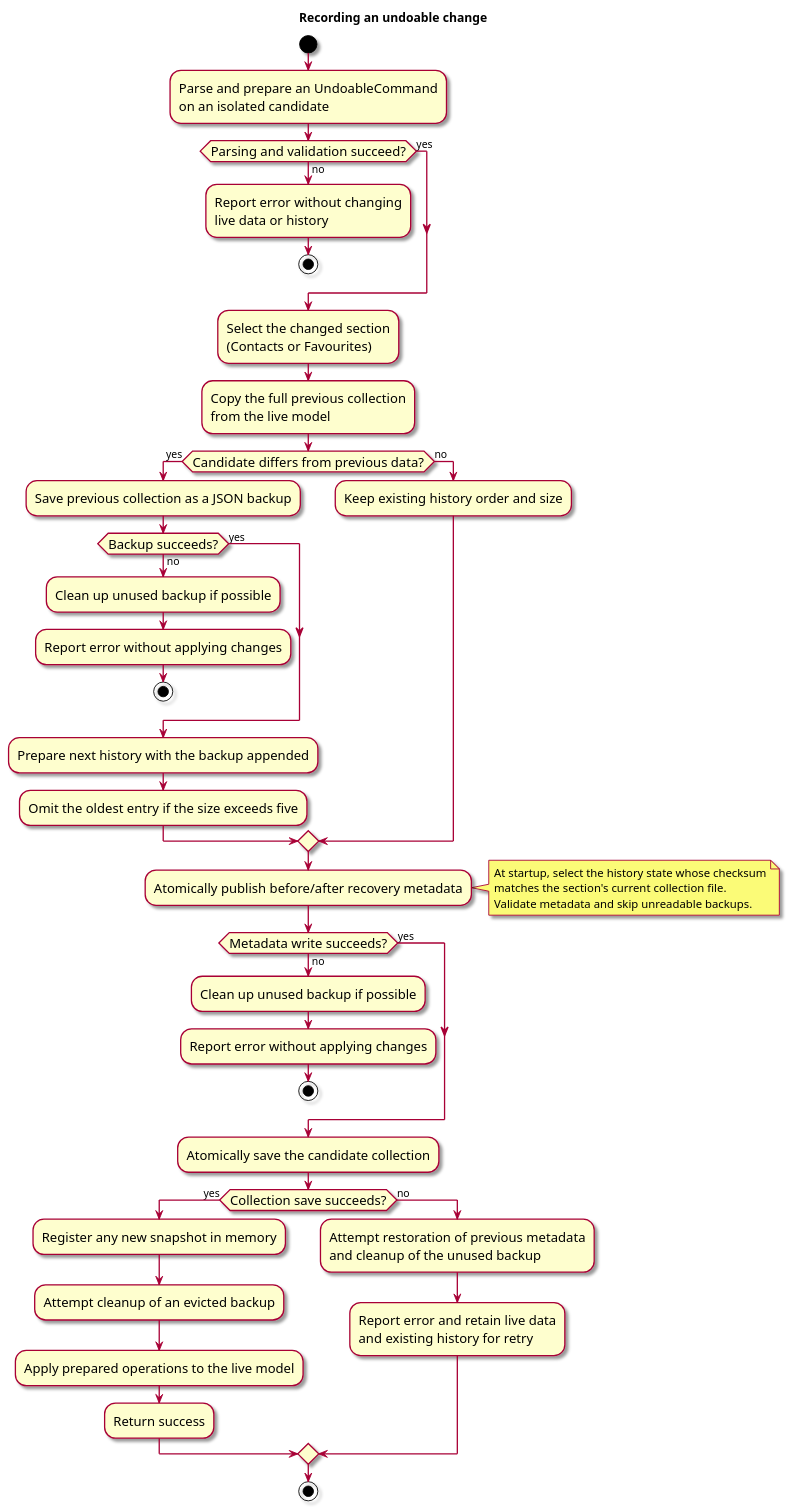
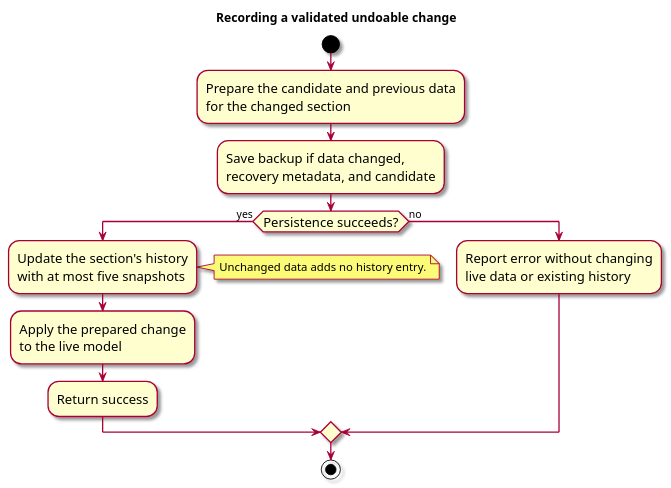
Before and after one commit to AY2627S1-CS2103T-W11-3/tp: the diagram in docs/diagrams/CommitActivityDiagram.puml, drawn with PlantUML. The commit also changed 9 other files, not shown here.

Commit message:
Simplify feature diagrams using UML conventions

```diff
--- a/docs/diagrams/CommitActivityDiagram.puml
+++ b/docs/diagrams/CommitActivityDiagram.puml
@@ -1,63 +1,27 @@
 @startuml
 skin rose
 skinparam ActivityFontSize 15
 skinparam ArrowFontSize 12
 
-title Recording an undoable change
+title Recording a validated undoable change
 
 start
-:Parse and prepare an UndoableCommand
-on an isolated candidate;
-if (Parsing and validation succeed?) then (yes)
+:Prepare the candidate and previous data
+for the changed section;
+:Save backup if data changed,
+recovery metadata, and candidate;
+if (Persistence succeeds?) then (yes)
+    :Update the section's history
+with at most five snapshots;
+    note right
+    Unchanged data adds no history entry.
+    end note
+    :Apply the prepared change
+to the live model;
+    :Return success;
 else (no)
     :Report error without changing
-live data or history;
-    stop
-endif
-
-:Select the changed section
-(Contacts or Favourites);
-:Copy the full previous collection
-from the live model;
-
-if (Candidate differs from previous data?) then (yes)
-    :Save previous collection as a JSON backup;
-    if (Backup succeeds?) then (yes)
-    else (no)
-        :Clean up unused backup if possible;
-        :Report error without applying changes;
-        stop
-    endif
-    :Prepare next history with the backup appended;
-    :Omit the oldest entry if the size exceeds five;
-else (no)
-    :Keep existing history order and size;
-endif
-
-:Atomically publish before/after recovery metadata;
-note right
-At startup, select the history state whose checksum
-matches the section's current collection file.
-Validate metadata and skip unreadable backups.
-end note
-if (Metadata write succeeds?) then (yes)
-else (no)
-    :Clean up unused backup if possible;
-    :Report error without applying changes;
-    stop
-endif
-
-:Atomically save the candidate collection;
-if (Collection save succeeds?) then (yes)
-    :Register any new snapshot in memory;
-    :Attempt cleanup of an evicted backup;
-    :Apply prepared operations to the live model;
-    :Return success;
-else (no)
-    :Attempt restoration of previous metadata
-and cleanup of the unused backup;
-    :Report error and retain live data
-and existing history for retry;
+live data or existing history;
 endif
 stop
 @enduml
```
